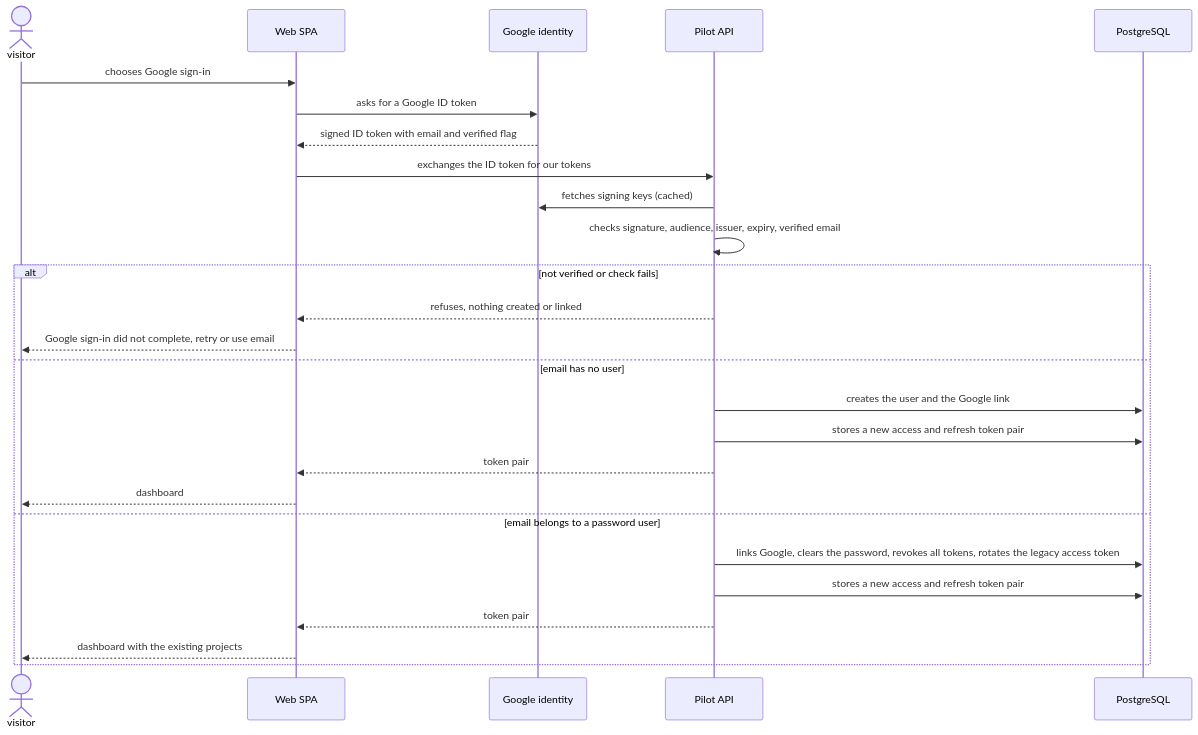
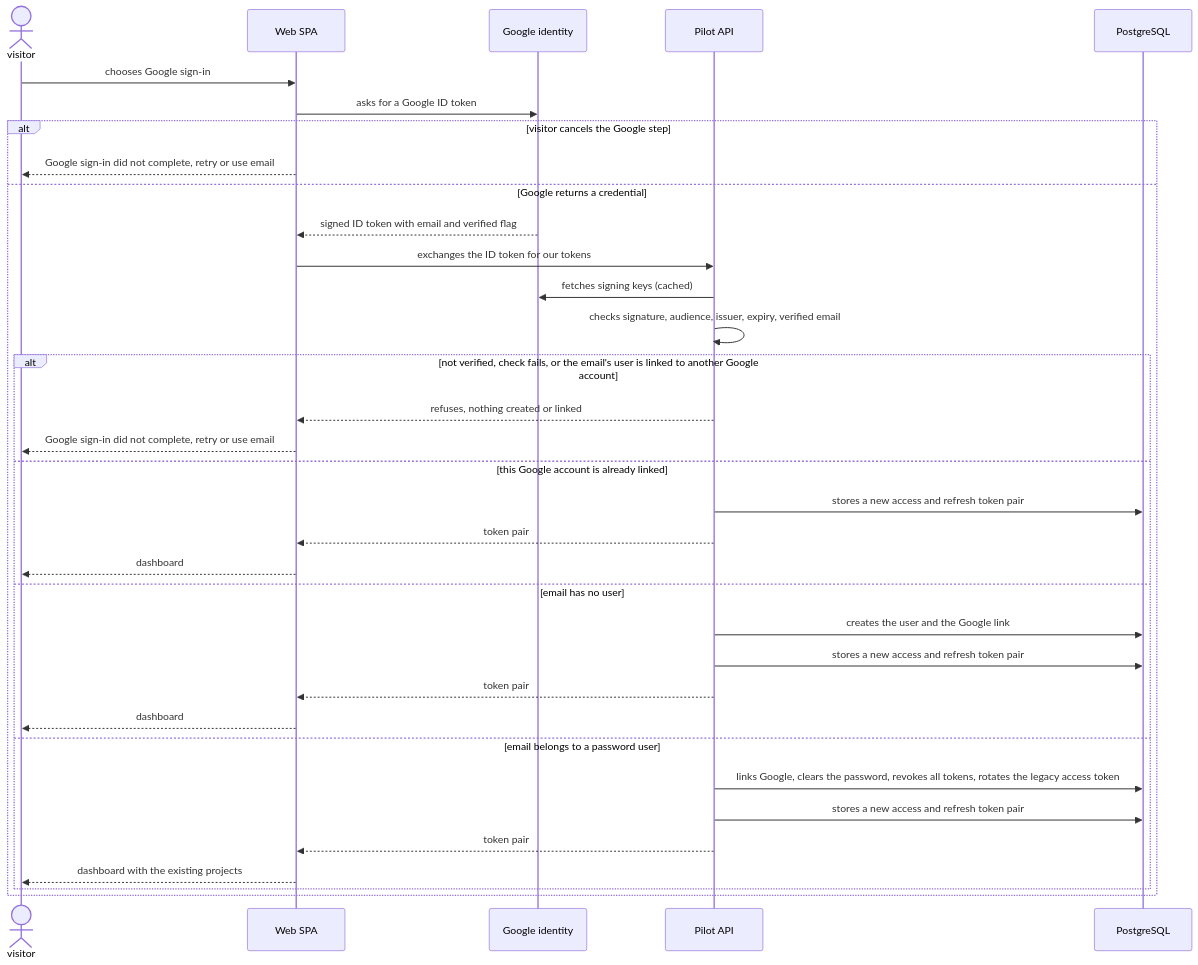
The third of 14 diagrams in docs/features/todolist/sad.md (OlegShevtsov1/1_mvp_pilot_fe), drawn with Mermaid before and after one commit. The commit also changed other lines of this file and 155 other files, not shown here.

````diff
--- a/docs/features/todolist/sad.md
+++ b/docs/features/todolist/sad.md
@@ -239,28 +241,36 @@
 ```mermaid
 sequenceDiagram
     actor V as visitor
     participant SPA as Web SPA
     participant G as Google identity
     participant API as Pilot API
     participant PG as PostgreSQL
     V->>SPA: chooses Google sign-in
     SPA->>G: asks for a Google ID token
-    G-->>SPA: signed ID token with email and verified flag
-    SPA->>API: exchanges the ID token for our tokens
-    API->>G: fetches signing keys (cached)
-    API->>API: checks signature, audience, issuer, expiry, verified email
-    alt not verified or check fails
-        API-->>SPA: refuses, nothing created or linked
+    alt visitor cancels the Google step
         SPA-->>V: Google sign-in did not complete, retry or use email
-    else email has no user
-        API->>PG: creates the user and the Google link
-        API->>PG: stores a new access and refresh token pair
-        API-->>SPA: token pair
-        SPA-->>V: dashboard
-    else email belongs to a password user
-        API->>PG: links Google, clears the password, revokes all tokens, rotates the legacy access token
-        API->>PG: stores a new access and refresh token pair
-        API-->>SPA: token pair
-        SPA-->>V: dashboard with the existing projects
+    else Google returns a credential
+        G-->>SPA: signed ID token with email and verified flag
+        SPA->>API: exchanges the ID token for our tokens
+        API->>G: fetches signing keys (cached)
+        API->>API: checks signature, audience, issuer, expiry, verified email
+        alt not verified, check fails, or the email's user is linked to another Google account
+            API-->>SPA: refuses, nothing created or linked
+            SPA-->>V: Google sign-in did not complete, retry or use email
+        else this Google account is already linked
+            API->>PG: stores a new access and refresh token pair
+            API-->>SPA: token pair
+            SPA-->>V: dashboard
+        else email has no user
+            API->>PG: creates the user and the Google link
+            API->>PG: stores a new access and refresh token pair
+            API-->>SPA: token pair
+            SPA-->>V: dashboard
+        else email belongs to a password user
+            API->>PG: links Google, clears the password, revokes all tokens, rotates the legacy access token
+            API->>PG: stores a new access and refresh token pair
+            API-->>SPA: token pair
+            SPA-->>V: dashboard with the existing projects
+        end
     end
 ```
````
